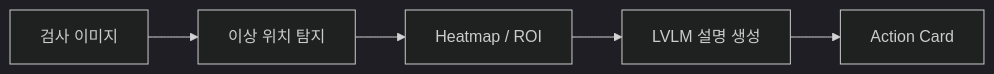
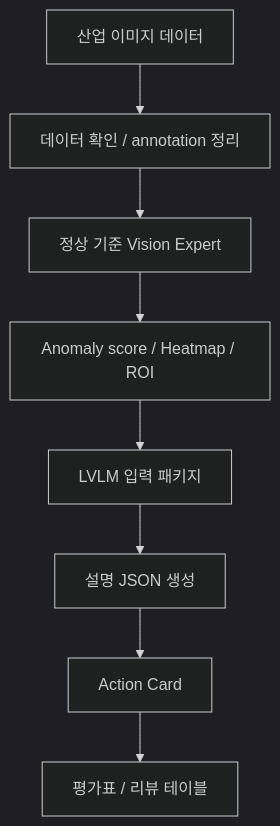
Before and after one commit to arnold6444/leaflyze-project-summaries: the diagram in docs/explainable-industrial-anomaly-detection.md, drawn with Mermaid (dark theme). The commit also changed other lines of this file and 2 other files, not shown here.

Commit message:
Refine WaferGuard and anomaly workflow summaries

````diff
--- a/docs/explainable-industrial-anomaly-detection.md
+++ b/docs/explainable-industrial-anomaly-detection.md
@@ -23,7 +27,10 @@
 ```mermaid
-flowchart LR
-    A[검사 이미지] --> B[이상 위치 탐지]
-    B --> C[Heatmap / ROI]
-    C --> D[LVLM 설명 생성]
-    D --> E[Action Card]
+flowchart TD
+    A["산업 이미지 데이터"] --> B["데이터 확인 / annotation 정리"]
+    B --> C["정상 기준 Vision Expert"]
+    C --> D["Anomaly score / Heatmap / ROI"]
+    D --> E["LVLM 입력 패키지"]
+    E --> F["설명 JSON 생성"]
+    F --> G["Action Card"]
+    G --> H["평가표 / 리뷰 테이블"]
 ```
````
